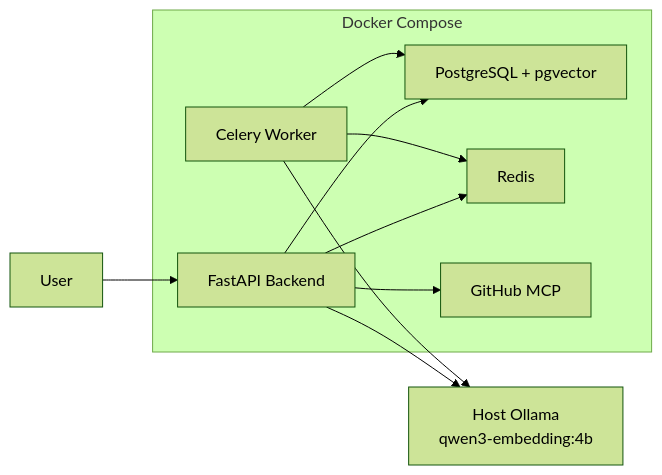
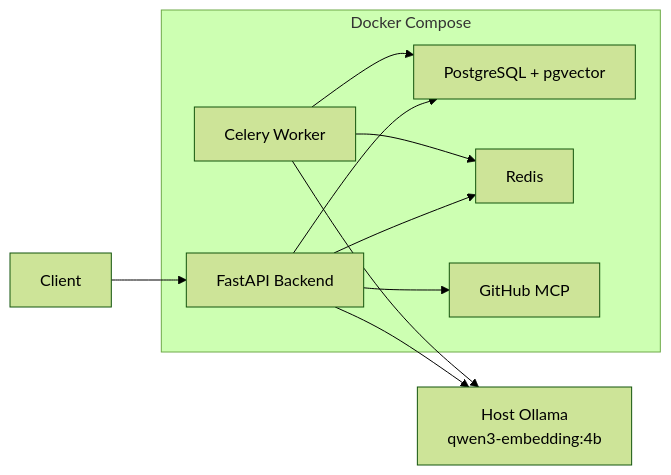
One commit to 21breeze/NodAgent changed the fifth of 5 diagrams in README.md. Above: the diagram before and after it, drawn with Mermaid (forest theme). The commit also changed other lines of this file, not shown here.

````diff
--- a/README.md
+++ b/README.md
@@ -539,25 +668,27 @@
 ```mermaid
 flowchart LR
 
-    User --> Backend
+    User["Client"]
 
     subgraph Docker["Docker Compose"]
         Backend["FastAPI Backend"]
         Worker["Celery Worker"]
         PostgreSQL["PostgreSQL + pgvector"]
         Redis["Redis"]
         GitHubMCP["GitHub MCP"]
     end
 
+    Ollama["Host Ollama<br/>qwen3-embedding:4b"]
+
+    User --> Backend
+
     Backend --> PostgreSQL
     Backend --> Redis
     Backend --> GitHubMCP
 
+    Worker --> PostgreSQL
     Worker --> Redis
-    Worker --> PostgreSQL
 
     Backend --> Ollama
     Worker --> Ollama
-
-    Ollama["Host Ollama<br/>qwen3-embedding:4b"]
 ```
````
